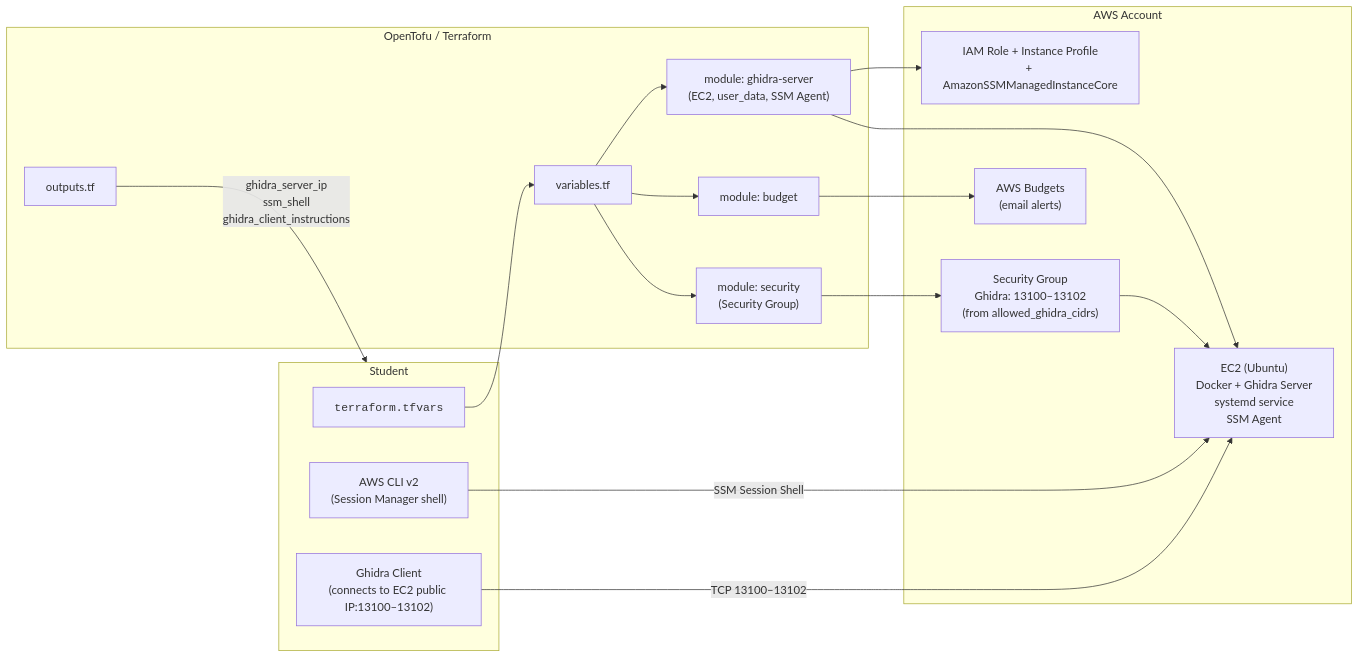
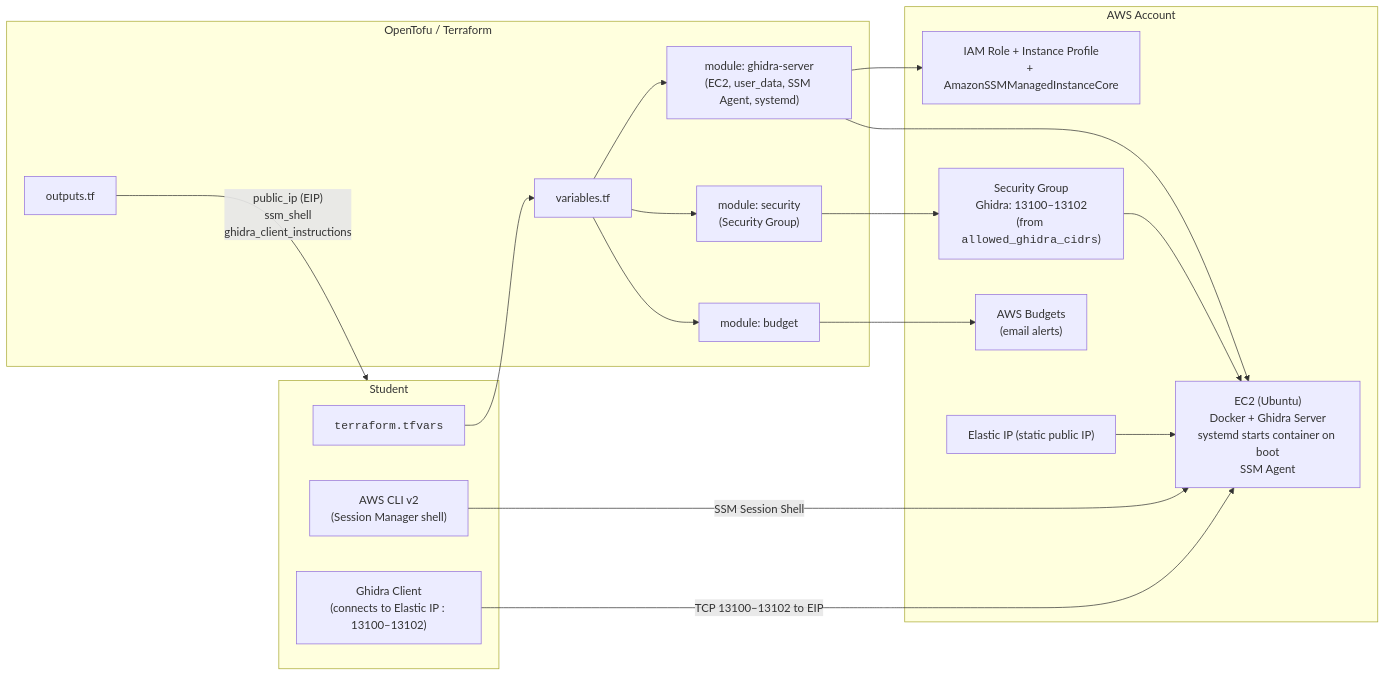
Before and after one commit to benjaminwilcox/ghidra-server-iac: the diagram in README.md, drawn with Mermaid. The commit also changed other lines of this file, not shown here.

````diff
--- a/README.md
+++ b/README.md
@@ -218,46 +166,48 @@
 ```mermaid
 flowchart LR
   %% ===== Student side =====
   subgraph DEV["Student"]
     TFVARS["<code>terraform.tfvars</code>"]
-    GHIDRA_GUI["Ghidra Client<br/>(connects to EC2 public IP:13100–13102)"]
+    GHIDRA_GUI["Ghidra Client<br/>(connects to Elastic IP : 13100–13102)"]
     AWSCLI["AWS CLI v2<br/>(Session Manager shell)"]
   end
 
   %% ===== IaC engine =====
   subgraph TF["OpenTofu / Terraform"]
     VARS["variables.tf"]
     MOD_SEC["module: security<br/>(Security Group)"]
-    MOD_SRV["module: ghidra-server<br/>(EC2, user_data, SSM Agent)"]
+    MOD_SRV["module: ghidra-server<br/>(EC2, user_data, SSM Agent, systemd)"]
     MOD_BUD["module: budget"]
     OUTS["outputs.tf"]
   end
 
   %% ===== AWS resources =====
   subgraph AWS["AWS Account"]
     IAM["IAM Role + Instance Profile<br/>+ AmazonSSMManagedInstanceCore"]
-    SG["Security Group<br/>Ghidra: 13100–13102<br/>(from allowed_ghidra_cidrs)"]
-    EC2["EC2 (Ubuntu)<br/>Docker + Ghidra Server<br/>systemd service<br/>SSM Agent"]
+    SG["Security Group<br/>Ghidra: 13100–13102<br/>(from <code>allowed_ghidra_cidrs</code>)"]
+    EC2["EC2 (Ubuntu)<br/>Docker + Ghidra Server<br/>systemd starts container on boot<br/>SSM Agent"]
+    EIP["Elastic IP (static public IP)"]
     BUD["AWS Budgets<br/>(email alerts)"]
   end
 
   %% Vars drive modules
   TFVARS --> VARS
   VARS --> MOD_SEC
   VARS --> MOD_SRV
   VARS --> MOD_BUD
 
   %% Modules create resources
   MOD_SRV --> IAM
   MOD_SEC --> SG
   MOD_SRV --> EC2
   MOD_BUD --> BUD
   SG --> EC2
+  EIP --> EC2
 
   %% How you connect
   AWSCLI -->|"SSM Session Shell"| EC2
-  GHIDRA_GUI -->|"TCP 13100–13102"| EC2
+  GHIDRA_GUI -->|"TCP 13100–13102 to EIP"| EC2
 
   %% Outputs back to user
-  OUTS -->|"ghidra_server_ip<br/>ssm_shell<br/>ghidra_client_instructions"| DEV
+  OUTS -->|"public_ip (EIP)<br/>ssm_shell<br/>ghidra_client_instructions"| DEV
 ```
````
